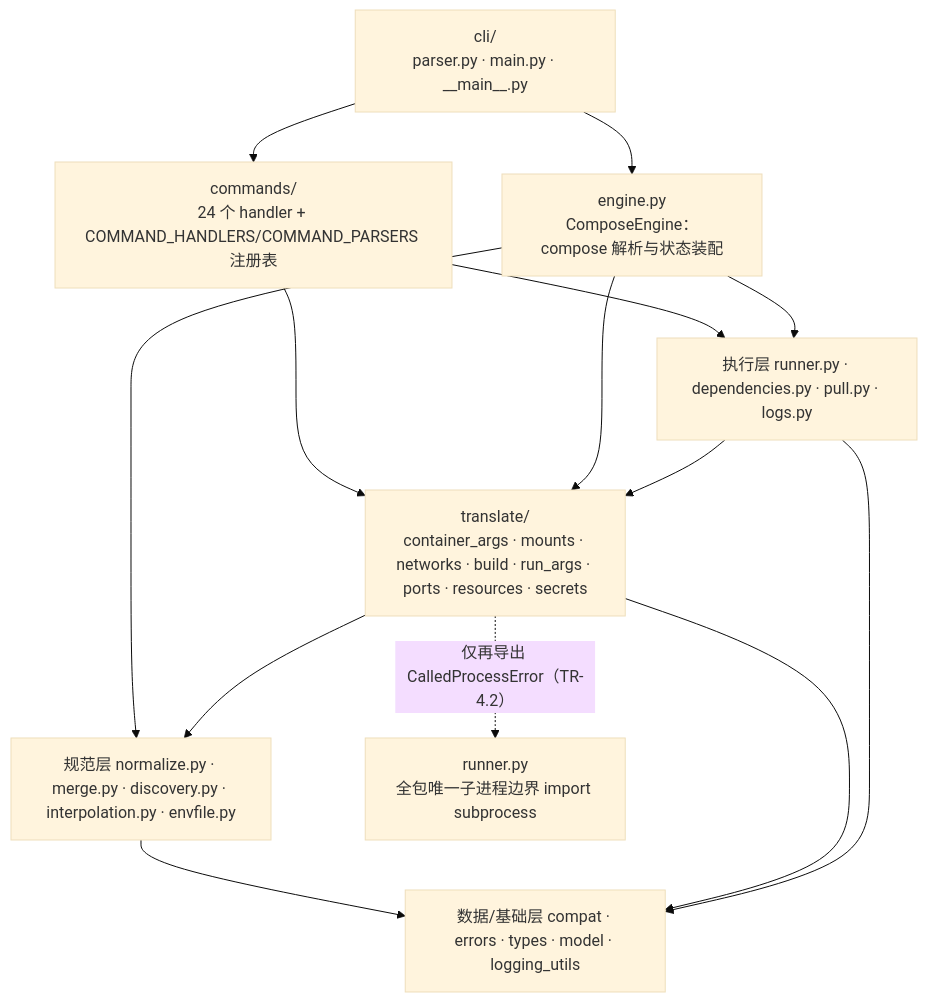
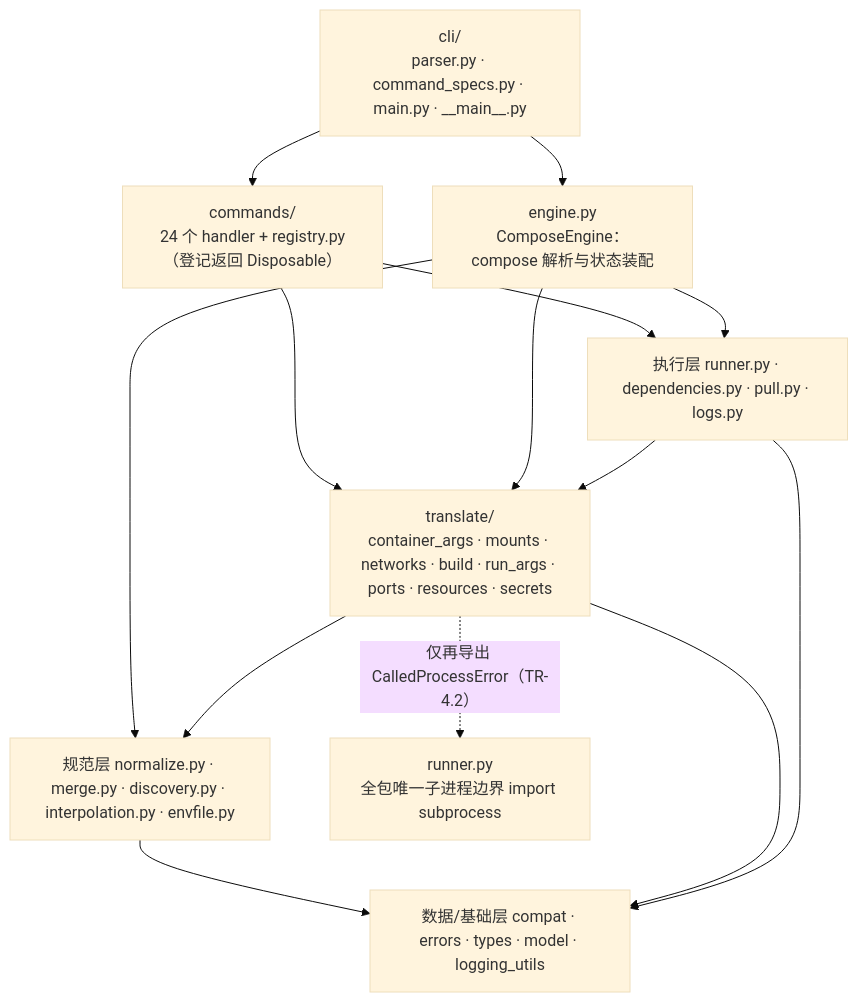
One commit to xinetzone/xuanspace changed the diagram in libs/xuan-compose/README.md. Above: the diagram before and after it, drawn with Mermaid (base theme). The commit also changed 11 other files, not shown here.

````diff
--- a/libs/xuan-compose/README.md
+++ b/libs/xuan-compose/README.md
@@ -99,25 +99,25 @@
 ```mermaid
 flowchart TD
-    CLI["cli/<br/>parser.py · main.py · __main__.py"]
-    CMD["commands/<br/>24 个 handler + COMMAND_HANDLERS/COMMAND_PARSERS 注册表"]
+    CLI["cli/<br/>parser.py · command_specs.py · main.py · __main__.py"]
+    CMD["commands/<br/>24 个 handler + registry.py（登记返回 Disposable）"]
     ENG["engine.py<br/>ComposeEngine：compose 解析与状态装配"]
     EXE["执行层 runner.py · dependencies.py · pull.py · logs.py"]
     TR["translate/<br/>container_args · mounts · networks · build · run_args · ports · resources · secrets"]
     SPEC["规范层 normalize.py · merge.py · discovery.py · interpolation.py · envfile.py"]
     DATA["数据/基础层 compat · errors · types · model · logging_utils"]
 
     CLI --> CMD
     CLI --> ENG
     CMD --> EXE
     CMD --> TR
     ENG --> EXE
     ENG --> TR
     ENG --> SPEC
     EXE --> TR
     TR --> SPEC
     SPEC --> DATA
     TR --> DATA
     EXE --> DATA
 
     TR -. "仅再导出 CalledProcessError（TR-4.2）" .-> RUNNER["runner.py<br/>全包唯一子进程边界 import subprocess"]
 ```
````
